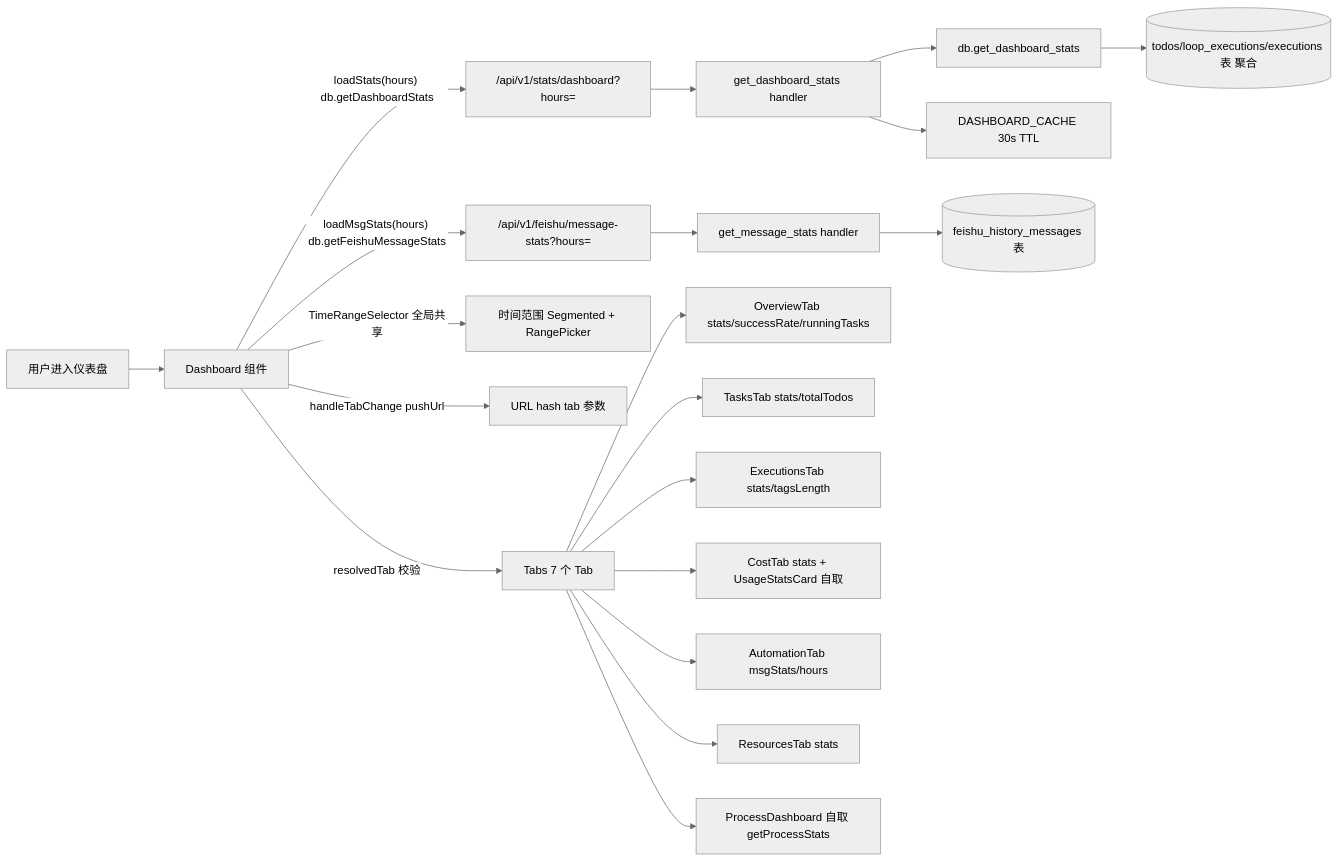
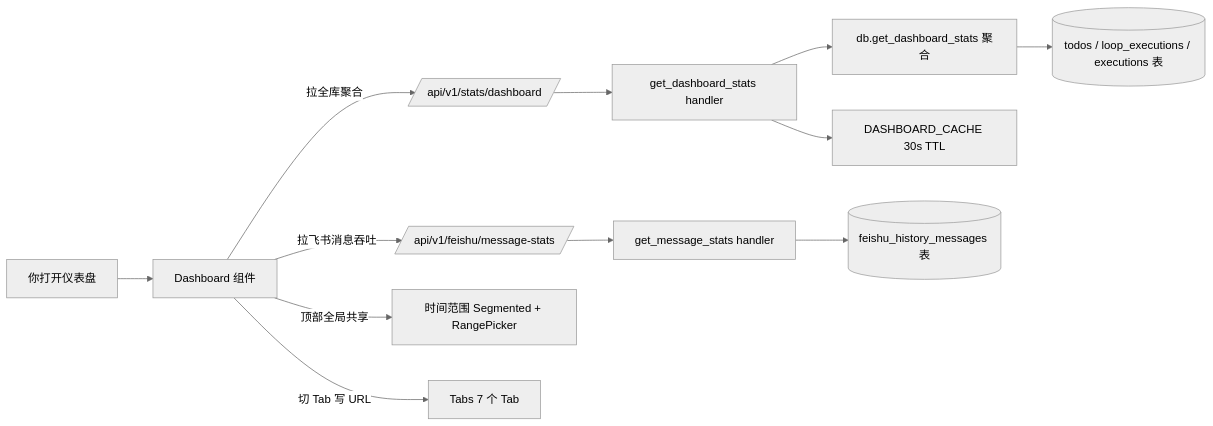
The diagram in frontend/src/help/pages/dashboard.md (weibaohui/ntd), drawn with Mermaid (neutral theme) before and after one commit. The commit also changed other lines of this file and 9 other files, not shown here.

````diff
--- a/frontend/src/help/pages/dashboard.md
+++ b/frontend/src/help/pages/dashboard.md
@@ -13,22 +25,14 @@
 ```mermaid
 flowchart LR
-  U[用户进入仪表盘] --> D["Dashboard 组件"]
-  D --"loadStats(hours) db.getDashboardStats"--> API1["/api/v1/stats/dashboard?hours="]
-  D --"loadMsgStats(hours) db.getFeishuMessageStats"--> API2["/api/v1/feishu/message-stats?hours="]
-  API1 --> H1["get_dashboard_stats handler"]
-  H1 --> SVC1["db.get_dashboard_stats"]
-  SVC1 --> DB1[(todos/loop_executions/executions 表 聚合)]
-  H1 --> CACHE["DASHBOARD_CACHE 30s TTL"]
-  API2 --> H2["get_message_stats handler"]
+  U[你打开仪表盘] --> D[Dashboard 组件]
+  D -->|拉全库聚合| API1[/api/v1/stats/dashboard/]
+  D -->|拉飞书消息吞吐| API2[/api/v1/feishu/message-stats/]
+  API1 --> H1[get_dashboard_stats handler]
+  H1 --> SVC1[db.get_dashboard_stats 聚合]
+  SVC1 --> DB1[(todos / loop_executions / executions 表)]
+  H1 --> CACHE[DASHBOARD_CACHE 30s TTL]
+  API2 --> H2[get_message_stats handler]
   H2 --> DB2[(feishu_history_messages 表)]
-  D --"TimeRangeSelector 全局共享"--> TR["时间范围 Segmented + RangePicker"]
-  D --"handleTabChange pushUrl"--> URL["URL hash tab 参数"]
-  D --"resolvedTab 校验"--> TAB["Tabs 7 个 Tab"]
-  TAB --> OT["OverviewTab stats/successRate/runningTasks"]
-  TAB --> TT["TasksTab stats/totalTodos"]
-  TAB --> ET["ExecutionsTab stats/tagsLength"]
-  TAB --> CT["CostTab stats + UsageStatsCard 自取"]
-  TAB --> AT["AutomationTab msgStats/hours"]
-  TAB --> RT["ResourcesTab stats"]
-  TAB --> PT["ProcessDashboard 自取 getProcessStats"]
+  D -->|顶部全局共享| TR[时间范围 Segmented + RangePicker]
+  D -->|切 Tab 写 URL| TAB[Tabs 7 个 Tab]
 ```
````
